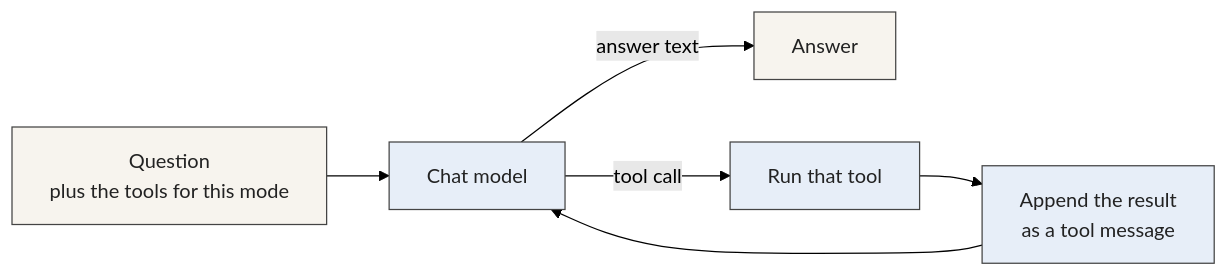
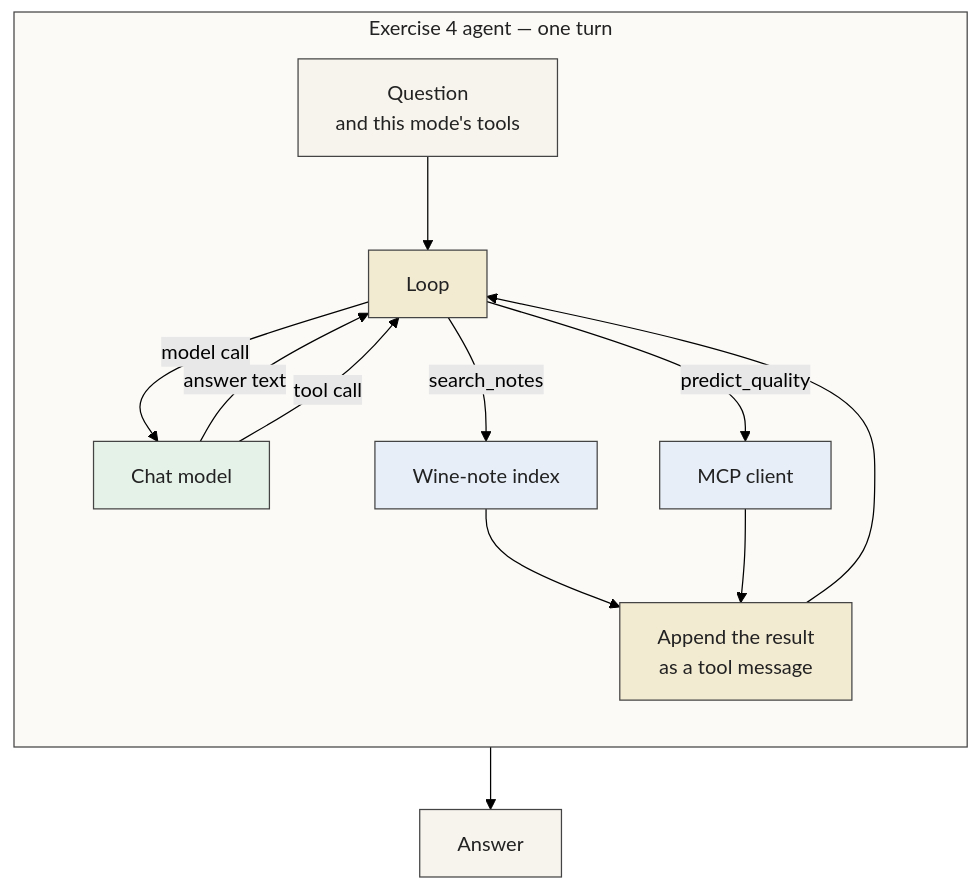
Before and after one commit to ML-and-AI-Software-Development/ML-and-AI-Software-Development.github.io: the second of 2 diagrams in material/exercise-4.md, drawn with Mermaid (forest theme). The commit also changed other lines of this file and 1 other file, not shown here.

Commit message:
Show the loop, the model call, and the note search as separate pieces inside the agent.

````diff
--- a/material/exercise-4.md
+++ b/material/exercise-4.md
@@ -54,12 +67,25 @@
 ```mermaid
-flowchart LR
-  q["Question<br/>plus the tools for this mode"] --> model["Chat model"]
-  model -->|"answer text"| done["Answer"]
-  model -->|"tool call"| run["Run that tool"]
-  run --> back["Append the result<br/>as a tool message"]
-  back --> model
+flowchart TB
+  subgraph agent["Exercise 4 agent — one turn"]
+    direction TB
+    q["Question<br/>and this mode's tools"] --> loop["Loop"]
+    loop -->|"model call"| model["Chat model"]
+    model -->|"answer text"| loop
+    model -->|"tool call"| loop
+    loop -->|"search_notes"| notes["Wine-note index"]
+    loop -->|"predict_quality"| client["MCP client"]
+    notes --> back["Append the result<br/>as a tool message"]
+    client --> back
+    back --> loop
+  end
+  loop --> done["Answer"]
   classDef ask fill:#f7f4ee,stroke:#444,color:#222
+  classDef code fill:#f3ead2,stroke:#444,color:#222
+  classDef chat fill:#e5f2e8,stroke:#444,color:#222
   classDef tool fill:#e7eef8,stroke:#444,color:#222
   class q,done ask
-  class model,run,back tool
+  class loop,back code
+  class model chat
+  class notes,client tool
+  style agent fill:#fbfaf7,stroke:#444,color:#222
 ```
````
